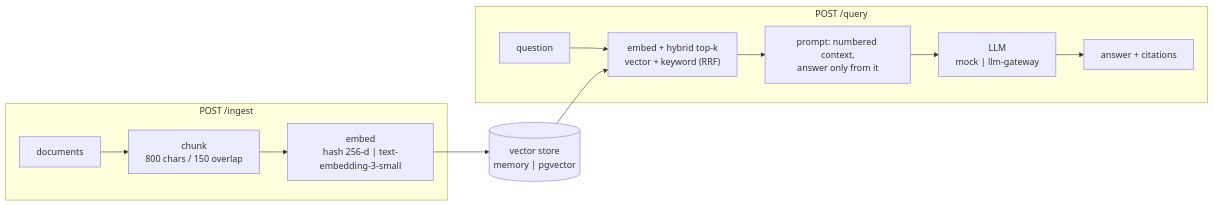
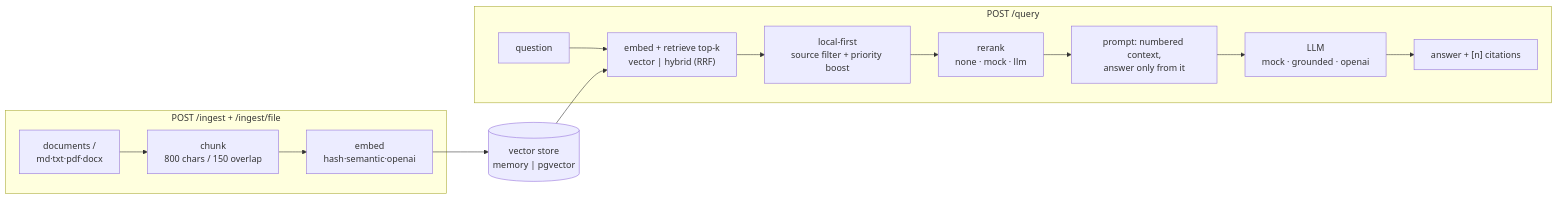
Before and after one commit to INTERpol21/rag-pgvector: the diagram in README.md, drawn with Mermaid. The commit also changed other lines of this file, not shown here.

First line of the commit message:
docs: refresh README (file-ingest, local-first, security, internals)

````diff
--- a/README.md
+++ b/README.md
@@ -17,10 +19,10 @@
 ```mermaid
 flowchart LR
-    subgraph ingest["POST /ingest"]
-        A["documents"] --> B["chunk<br/>800 chars / 150 overlap"] --> C["embed<br/>hash 256-d | text-embedding-3-small"]
+    subgraph ingest["POST /ingest + /ingest/file"]
+        A["documents /<br/>md·txt·pdf·docx"] --> B["chunk<br/>800 chars / 150 overlap"] --> C["embed<br/>hash·semantic·openai"]
     end
     subgraph query["POST /query"]
-        Q["question"] --> S["embed + hybrid top-k<br/>vector + keyword (RRF)"] --> P["prompt: numbered context,<br/>answer only from it"] --> L["LLM<br/>mock | llm-gateway"] --> R["answer + citations"]
+        Q["question"] --> S["embed + retrieve top-k<br/>vector | hybrid (RRF)"] --> F["local-first<br/>source filter + priority boost"] --> RK["rerank<br/>none · mock · llm"] --> P["prompt: numbered context,<br/>answer only from it"] --> L["LLM<br/>mock · grounded · openai"] --> R["answer + [n] citations"]
     end
     C --> V[("vector store<br/>memory | pgvector")] --> S
 ```
````
